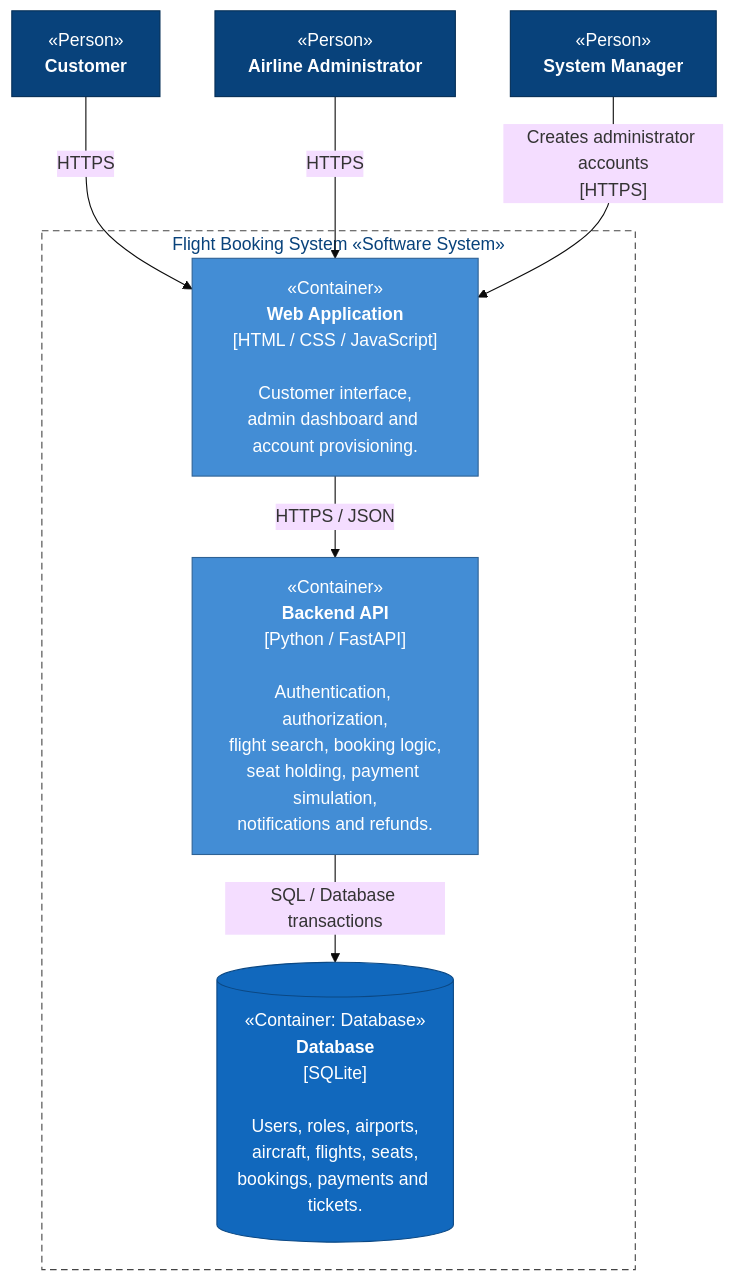
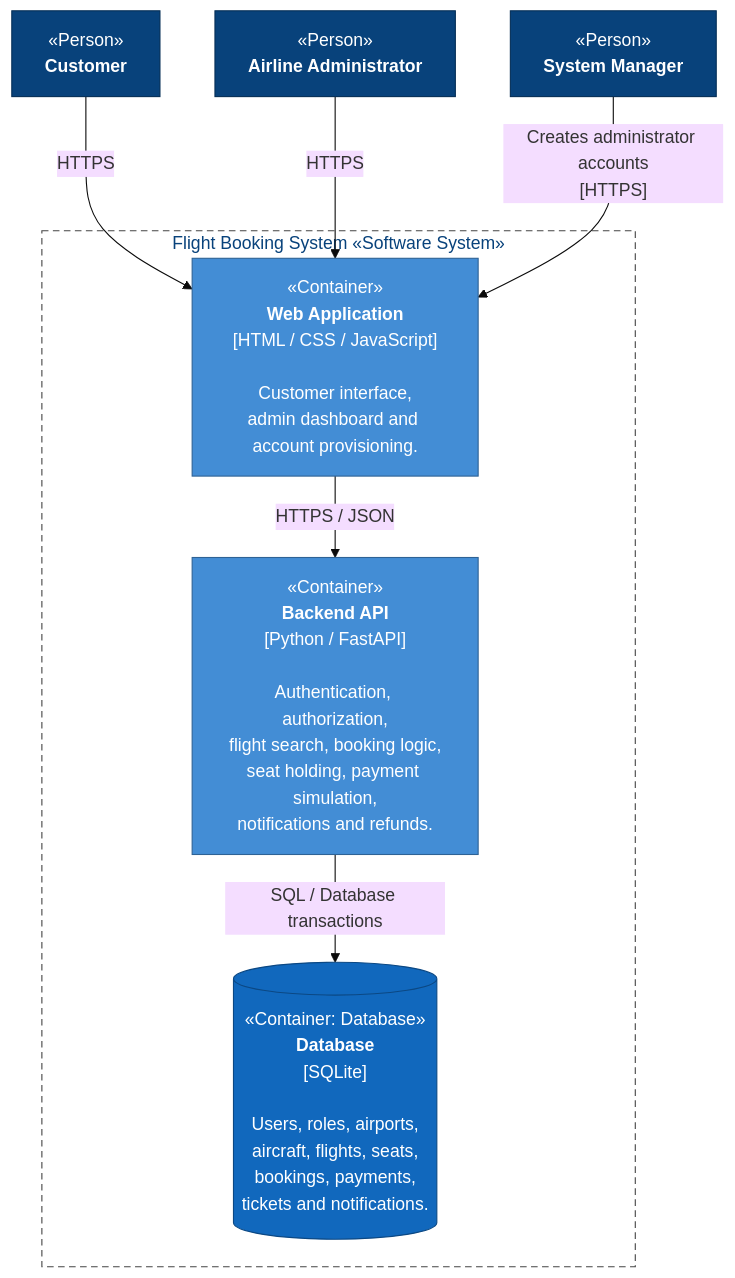
The diagram in uml/c4_container.md (AbdalslamBondoq/Software-project-Flight-Booking-System), drawn with Mermaid (base theme) before and after one commit.

Commit message:
List notifications in the C4 container database
The database container now lists notifications, matching the ERD and the architecture document.

Claude-Session: https://claude.ai/code/session_018siUY2jwEzCmz5FBwjbMPb

````diff
--- a/uml/c4_container.md
+++ b/uml/c4_container.md
@@ -8,35 +8,35 @@
 ```mermaid
 flowchart TB
 
     customer["«Person»<br/><b>Customer</b>"]
     admin["«Person»<br/><b>Airline Administrator</b>"]
     manager["«Person»<br/><b>System Manager</b>"]
 
     subgraph boundary["Flight Booking System «Software System»"]
 
         web["«Container»<br/><b>Web Application</b><br/>[HTML / CSS / JavaScript]<br/><br/>Customer interface,<br/>admin dashboard and account provisioning."]
 
         api["«Container»<br/><b>Backend API</b><br/>[Python / FastAPI]<br/><br/>Authentication, authorization,<br/>flight search, booking logic,<br/>seat holding, payment simulation,<br/>notifications and refunds."]
 
-        db[("«Container: Database»<br/><b>Database</b><br/>[SQLite]<br/><br/>Users, roles, airports,<br/>aircraft, flights, seats,<br/>bookings, payments and tickets.")]
+        db[("«Container: Database»<br/><b>Database</b><br/>[SQLite]<br/><br/>Users, roles, airports,<br/>aircraft, flights, seats,<br/>bookings, payments,<br/>tickets and notifications.")]
 
     end
 
     customer -->|"HTTPS"| web
     admin -->|"HTTPS"| web
     manager -->|"Creates administrator accounts<br/>[HTTPS]"| web
 
     web -->|"HTTPS / JSON"| api
 
     api -->|"SQL / Database transactions"| db
 
     classDef person fill:#08427b,stroke:#052e56,color:#fff
     classDef container fill:#438dd5,stroke:#2e6295,color:#fff
     classDef database fill:#1168bd,stroke:#0b4884,color:#fff
 
     class customer,admin,manager person
     class web,api container
     class db database
 
     style boundary fill:#ffffff,stroke:#444444,stroke-dasharray:6 4,color:#08427b
 ```
````
